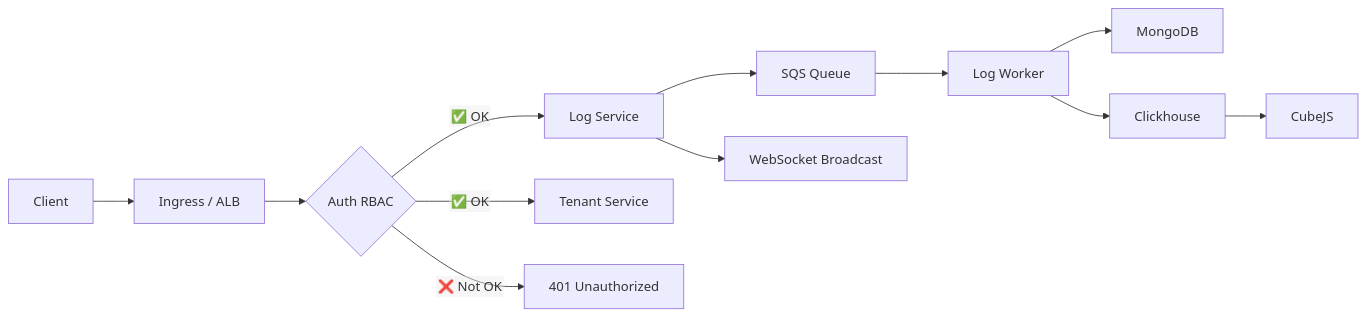
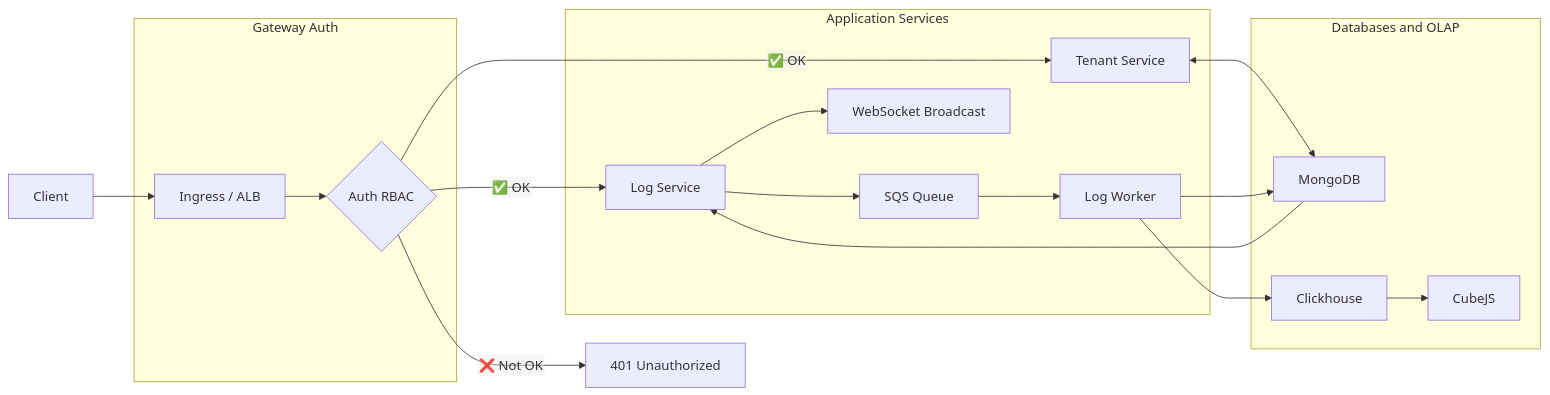
Before and after one commit to rxzcode/logserver: the diagram in README.md, drawn with Mermaid. The commit also changed other lines of this file, not shown here.

Commit message:
chore: update readme 3rd services

````diff
--- a/README.md
+++ b/README.md
@@ -161,18 +148,37 @@
 ```mermaid
 ---
 config:
   flowchart:
     htmlLabels: false
   layout: dagre
 ---
+
 flowchart LR
   A["Client"] --> B["Ingress / ALB"]
-  B --> C{"Auth RBAC"}
-  C -- ✅ OK --> D["Log Service"] & E["Tenant Service"]
-  D --> SQS["SQS Queue"] & WS["WebSocket Broadcast"]
-  SQS --> LW["Log Worker"]
-  LW --> DB["MongoDB"]
-  LW --> OLAP["Clickhouse"]
-  OLAP --> CUBE["CubeJS"]
+  subgraph ingress ["Gateway Auth"]
+    B["Ingress / ALB"]
+    B --> C{"Auth RBAC"}
+  end
+
+  subgraph services ["Application Services"]
+    C -- ✅ OK --> D["Log Service"]
+    C -- ✅ OK --> E["Tenant Service"]
+    D --> SQS["SQS Queue"]
+    D --> WS["WebSocket Broadcast"]
+    SQS --> LW["Log Worker"]
+  end
+
   C -- ❌ Not OK --> F["401 Unauthorized"]
+
+  subgraph dbs ["Databases and OLAP"]
+    DB["MongoDB"]
+    OLAP["Clickhouse"]
+    CUBE["CubeJS"]
+    E <--> DB
+    OLAP --> CUBE
+    DB --> D
+    LW --> DB
+    LW --> OLAP
+  end
+
 ```
````
